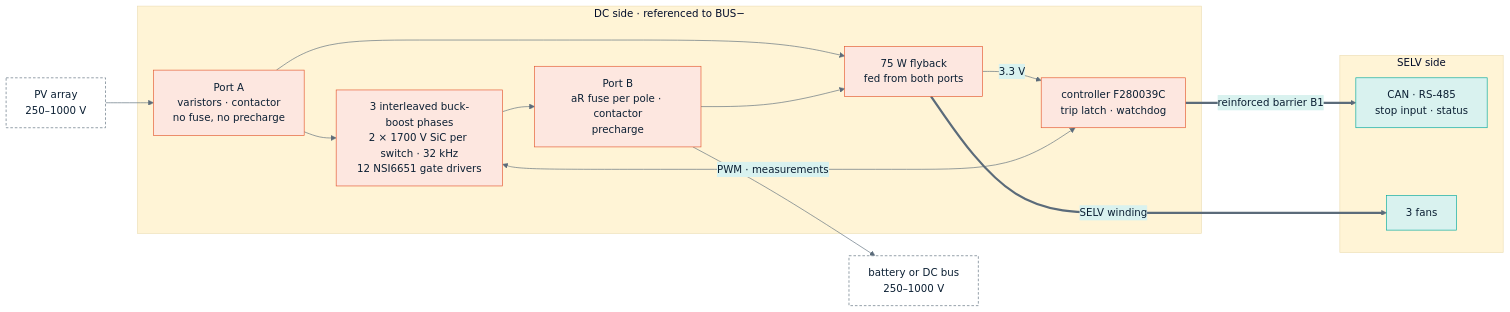
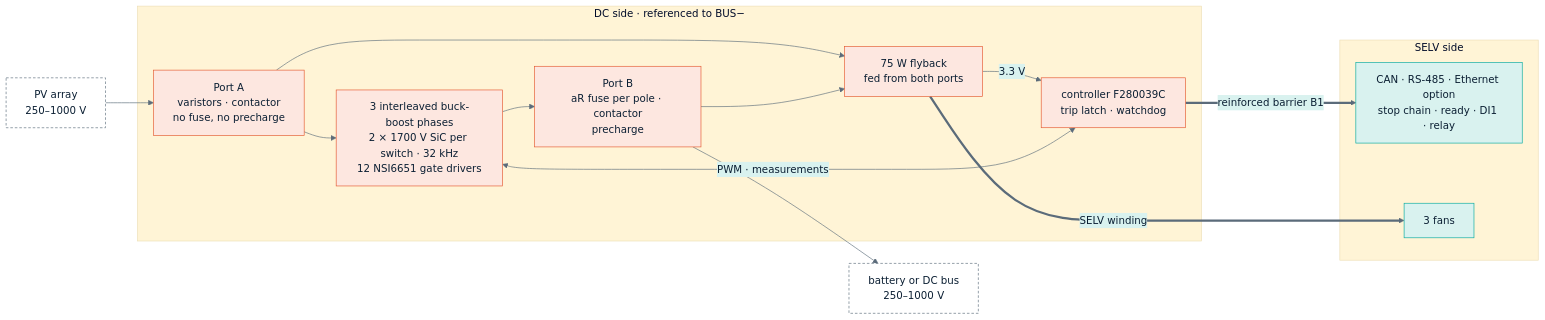
One commit to vectivolt/PCM changed the first of 2 diagrams in README.md. Above: the diagram before and after it, drawn with Mermaid. The commit also changed other lines of this file and 292 other files, not shown here.

````diff
--- a/README.md
+++ b/README.md
@@ -59,27 +60,27 @@
 ```mermaid
 %%{init: {"theme": "base", "themeVariables": {"primaryColor": "#EEF3F7", "primaryBorderColor": "#0B1F33", "primaryTextColor": "#0B1F33", "lineColor": "#5B6B7A", "secondaryColor": "#D9F2EF", "tertiaryColor": "#FFF4D6", "fontFamily": "Inter, Helvetica, Arial, sans-serif"}}}%%
 flowchart LR
     PV["PV array<br/>250–1000 V"]:::ext
     BAT["battery or DC bus<br/>250–1000 V"]:::ext
     subgraph LIVE["DC side · referenced to BUS−"]
         PA["Port A<br/>varistors · contactor<br/>no fuse, no precharge"]:::live
         PH["3 interleaved buck-boost phases<br/>2 × 1700 V SiC per switch · 32 kHz<br/>12 NSI6651 gate drivers"]:::live
         PB["Port B<br/>aR fuse per pole · contactor<br/>precharge"]:::live
         AUX["75 W flyback<br/>fed from both ports"]:::live
         CTL["controller F280039C<br/>trip latch · watchdog"]:::live
     end
     subgraph SELV["SELV side"]
-        COM["CAN · RS-485<br/>stop input · status"]:::selv
+        COM["CAN · RS-485 · Ethernet option<br/>stop chain · ready · DI1 · relay"]:::selv
         FAN["3 fans"]:::selv
     end
     PV --> PA --> PH --> PB --> BAT
     PA --> AUX
     PB --> AUX
     AUX -- "3.3 V" --> CTL
     CTL <-- "PWM · measurements" --> PH
     CTL == "reinforced barrier B1" ==> COM
     AUX == "SELV winding" ==> FAN
     classDef live fill:#FDE7E0,stroke:#E4572E,color:#0B1F33
     classDef selv fill:#D9F2EF,stroke:#00A99D,color:#0B1F33
     classDef ext fill:#FFFFFF,stroke:#5B6B7A,stroke-dasharray:4 3
 ```
````
